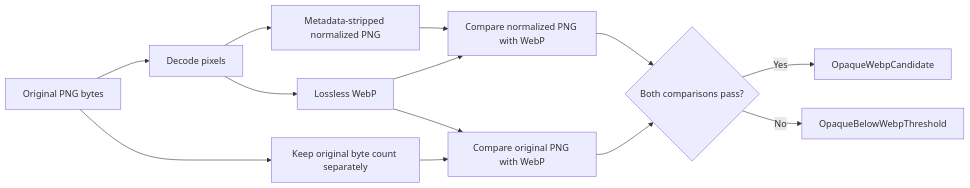
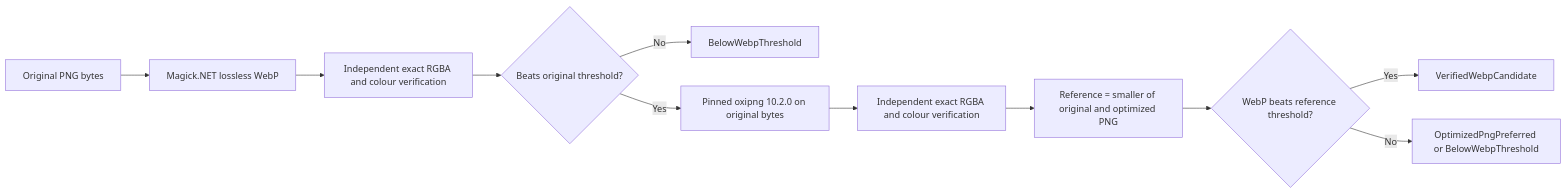
The sixth of 9 diagrams in docs/General/PNG_Image_Audit_Explained.md (hadinajem52/WebHealthProject), drawn with Mermaid before and after one commit. The commit also changed other lines of this file and 6 other files, not shown here.

````diff
--- a/docs/General/PNG_Image_Audit_Explained.md
+++ b/docs/General/PNG_Image_Audit_Explained.md
@@ -429,15 +443,13 @@
 ```mermaid
 flowchart LR
-    A[Original PNG bytes] --> B[Decode pixels]
-    B --> C[Metadata-stripped normalized PNG]
-    B --> D[Lossless WebP]
-    A --> E[Keep original byte count separately]
-    C --> F[Compare normalized PNG with WebP]
-    D --> F
-    E --> G[Compare original PNG with WebP]
-    D --> G
-    F --> H{Both comparisons pass?}
-    G --> H
-    H -->|Yes| I[OpaqueWebpCandidate]
-    H -->|No| J[OpaqueBelowWebpThreshold]
+    A[Original PNG bytes] --> B[Magick.NET lossless WebP]
+    B --> C[Independent exact RGBA and colour verification]
+    C --> D{Beats original threshold?}
+    D -->|No| E[BelowWebpThreshold]
+    D -->|Yes| F[Pinned oxipng 10.2.0 on original bytes]
+    F --> G[Independent exact RGBA and colour verification]
+    G --> H[Reference = smaller of original and optimized PNG]
+    H --> I{WebP beats reference threshold?}
+    I -->|Yes| J[VerifiedWebpCandidate]
+    I -->|No| K[OptimizedPngPreferred or BelowWebpThreshold]
 ```
````
